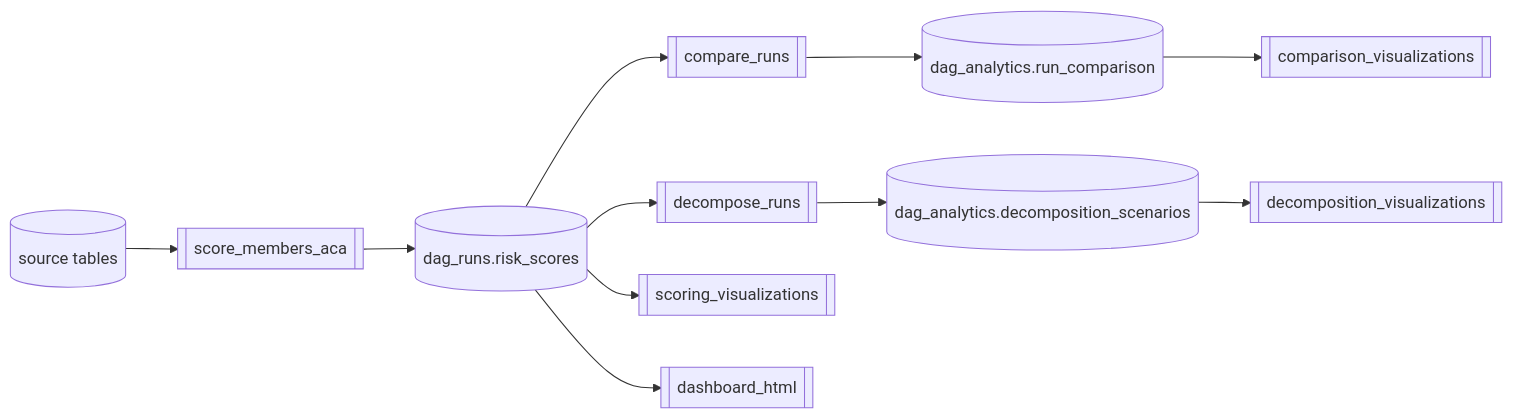
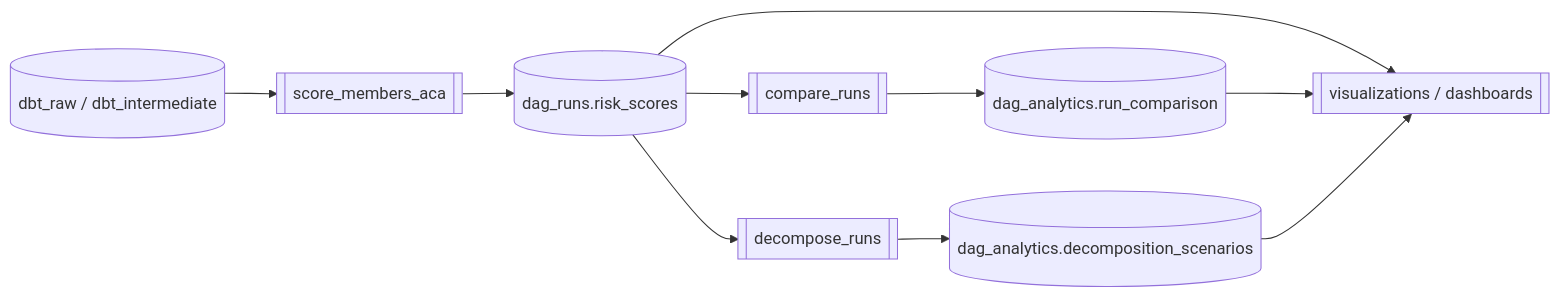
One commit to garthmortensen/prism changed the diagram in README.md. Above: the diagram before and after it, drawn with Mermaid. The commit also changed other lines of this file and 17 other files, not shown here.

````diff
--- a/README.md
+++ b/README.md
@@ -100,24 +53,18 @@
 ```mermaid
 flowchart LR
-  A[("source tables")]
+  A[("dbt_raw / dbt_intermediate")]
   S[["score_members_aca"]]
   RS[("dag_runs.risk_scores")]
   C[["compare_runs"]]
   RC[("dag_analytics.run_comparison")]
   D[["decompose_runs"]]
   RD[("dag_analytics.decomposition_scenarios")]
-  
-  VS[["scoring_visualizations"]]
-  VC[["comparison_visualizations"]]
-  VD[["decomposition_visualizations"]]
-  DASH[["dashboard_html"]]
+  V[["visualizations / dashboards"]]
 
   A --> S --> RS
   RS --> C --> RC
   RS --> D --> RD
-  
-  RS --> VS
-  RS --> DASH
-  RC --> VC
-  RD --> VD
+  RS --> V
+  RC --> V
+  RD --> V
 ```
````
